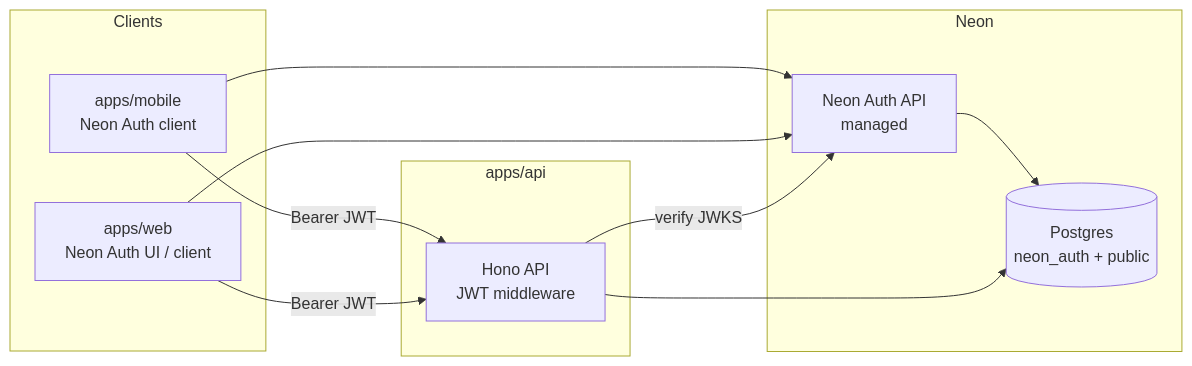
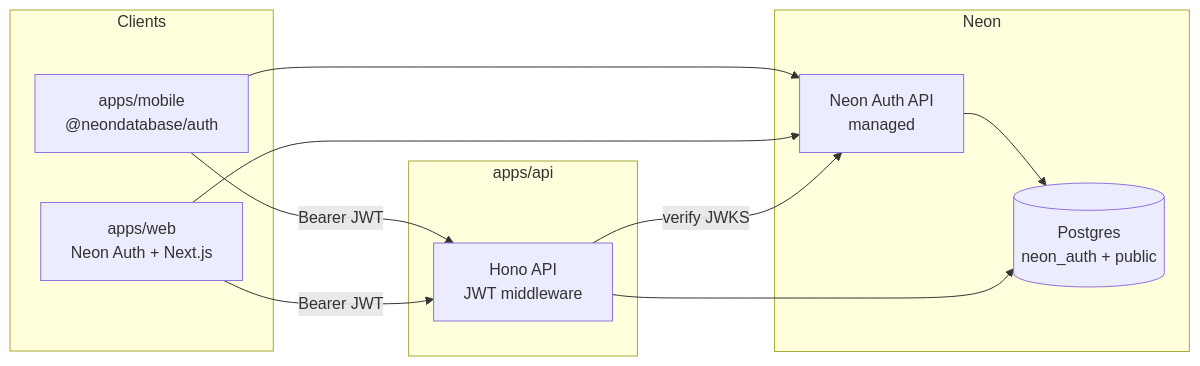
One commit to agiron123/quick-capture changed the diagram in docs/features/auth.md. Above: the diagram before and after it, drawn with Mermaid. The commit also changed other lines of this file and 7 other files, not shown here.

````diff
--- a/docs/features/auth.md
+++ b/docs/features/auth.md
@@ -38,24 +38,24 @@
 ```mermaid
 flowchart LR
   subgraph clients [Clients]
-    Mobile["apps/mobile\nNeon Auth client"]
-    Web["apps/web\nNeon Auth UI / client"]
+    Mobile["apps/mobile\n@neondatabase/auth"]
+    Web["apps/web\nNeon Auth + Next.js"]
   end
 
   subgraph neon [Neon]
     AuthAPI["Neon Auth API\nmanaged"]
     DB[(Postgres\nneon_auth + public)]
   end
 
   subgraph api [apps/api]
     Hono["Hono API\nJWT middleware"]
   end
 
   Mobile --> AuthAPI
   Web --> AuthAPI
   AuthAPI --> DB
   Mobile -->|"Bearer JWT"| Hono
   Web -->|"Bearer JWT"| Hono
   Hono -->|"verify JWKS"| AuthAPI
   Hono --> DB
 ```
````
